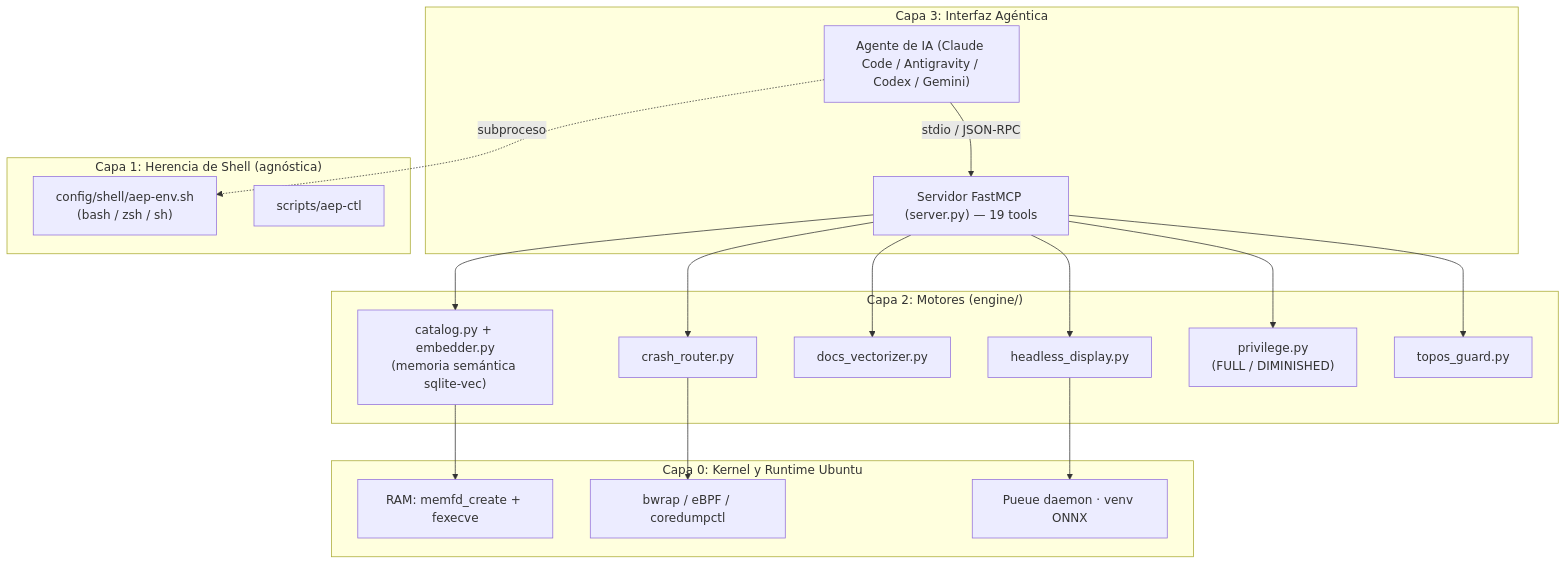
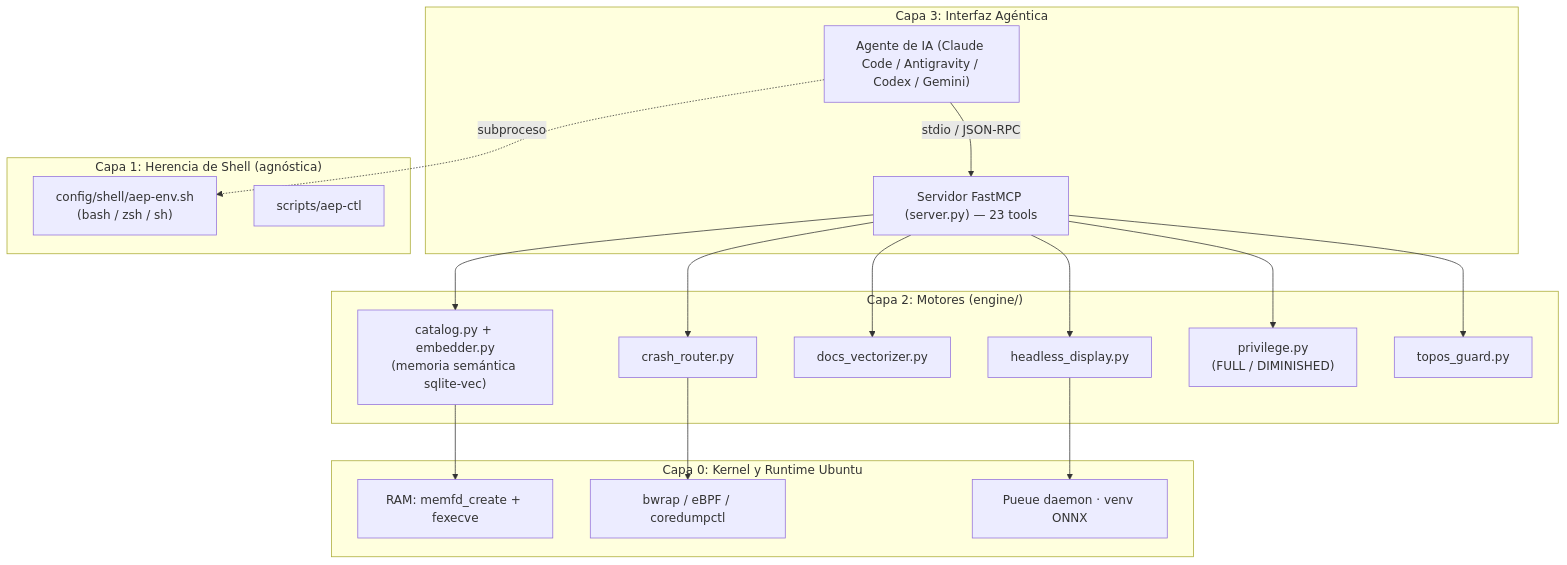
The second of 14 diagrams in README.md (ancrz/agent-execution-plane), drawn with Mermaid before and after one commit. The commit also changed other lines of this file, not shown here.

First line of the commit message:
docs(readme): 23 tools — add artifact_catalog + Dominio 6 Pico-Playbooks

````diff
--- a/README.md
+++ b/README.md
@@ -96,30 +96,30 @@
 ```mermaid
 flowchart TD
     subgraph L3["Capa 3: Interfaz Agéntica"]
         Agent["Agente de IA (Claude Code / Antigravity / Codex / Gemini)"]
-        MCP["Servidor FastMCP (server.py) — 19 tools"]
+        MCP["Servidor FastMCP (server.py) — 23 tools"]
         Agent -->|stdio / JSON-RPC| MCP
     end
     subgraph L2["Capa 2: Motores (engine/)"]
         Catalog["catalog.py + embedder.py<br/>(memoria semántica sqlite-vec)"]
         Crash["crash_router.py"]
         Docs["docs_vectorizer.py"]
         Headless["headless_display.py"]
         Priv["privilege.py<br/>(FULL / DIMINISHED)"]
         Topos["topos_guard.py"]
         MCP --> Catalog & Crash & Docs & Headless & Priv & Topos
     end
     subgraph L1["Capa 1: Herencia de Shell (agnóstica)"]
         Env["config/shell/aep-env.sh<br/>(bash / zsh / sh)"]
         Ctl["scripts/aep-ctl"]
         Agent -.->|subproceso| Env
     end
     subgraph L0["Capa 0: Kernel y Runtime Ubuntu"]
         K1["RAM: memfd_create + fexecve"]
         K2["bwrap / eBPF / coredumpctl"]
         K3["Pueue daemon · venv ONNX"]
         Catalog --> K1
         Crash --> K2
         Headless --> K3
     end
 ```
````
